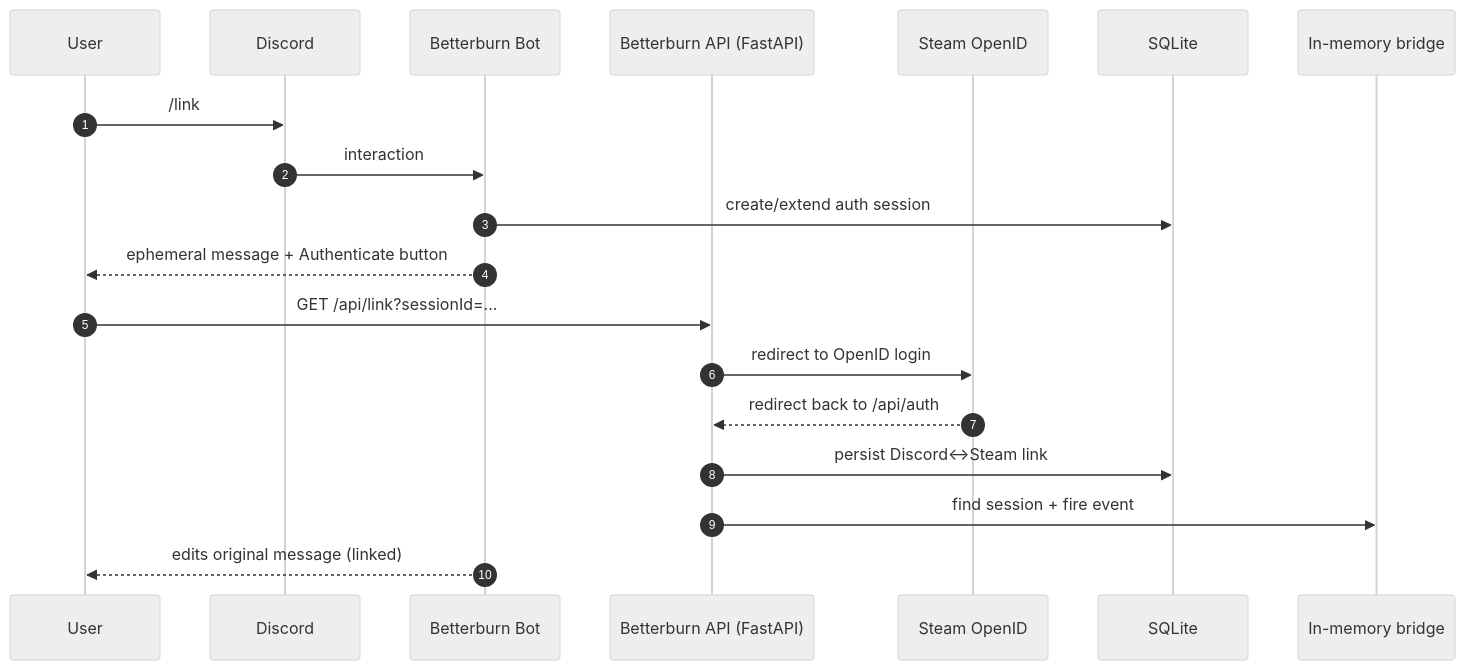
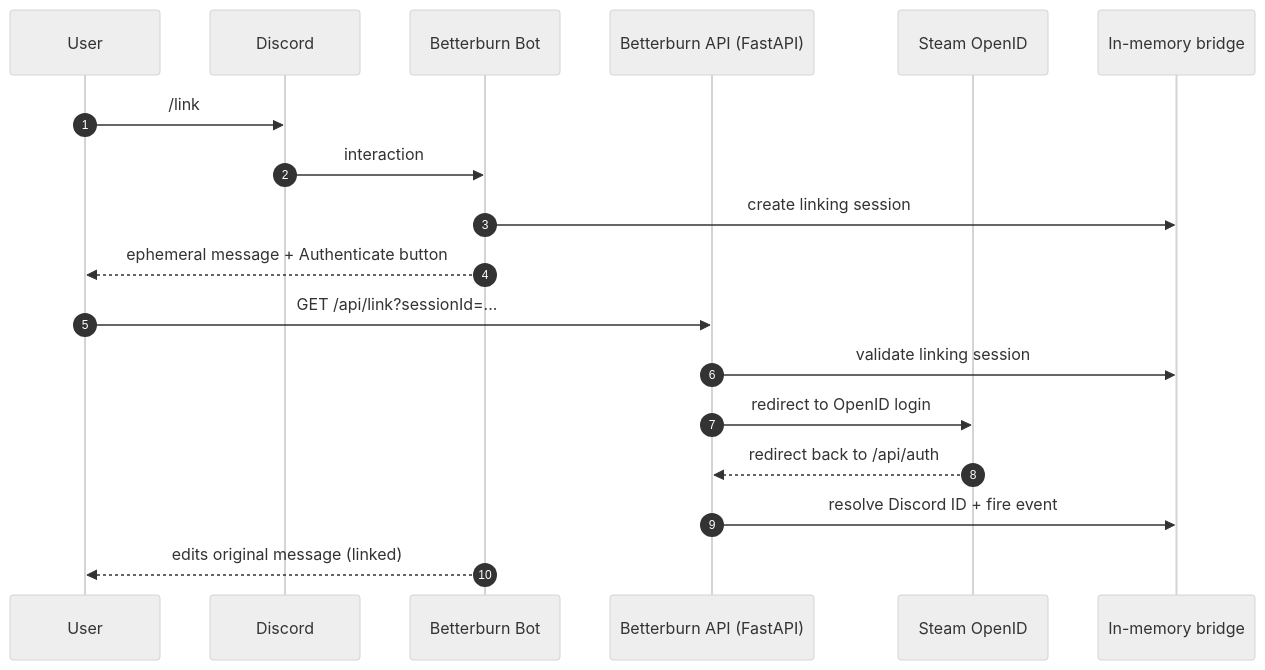
One commit to benwang2/betterburn changed the second of 2 diagrams in README.md. Above: the diagram before and after it, drawn with Mermaid (neutral theme). The commit also changed other lines of this file and 6 other files, not shown here.

````diff
--- a/README.md
+++ b/README.md
@@ -60,23 +60,22 @@
 ```mermaid
 sequenceDiagram
 	autonumber
 	participant User as User
 	participant Discord as Discord
 	participant Bot as Betterburn Bot
 	participant API as Betterburn API (FastAPI)
 	participant Steam as Steam OpenID
-	participant DB as SQLite
 	participant Bridge as In-memory bridge
 
 	User->>Discord: /link
 	Discord->>Bot: interaction
-	Bot->>DB: create/extend auth session
+	Bot->>Bridge: create linking session
 	Bot-->>User: ephemeral message + Authenticate button
 
 	User->>API: GET /api/link?sessionId=...
+	API->>Bridge: validate linking session
 	API->>Steam: redirect to OpenID login
 	Steam-->>API: redirect back to /api/auth
-	API->>DB: persist Discord↔Steam link
-	API->>Bridge: find session + fire event
+	API->>Bridge: resolve Discord ID + fire event
 	Bot-->>User: edits original message (linked)
 ```
````
